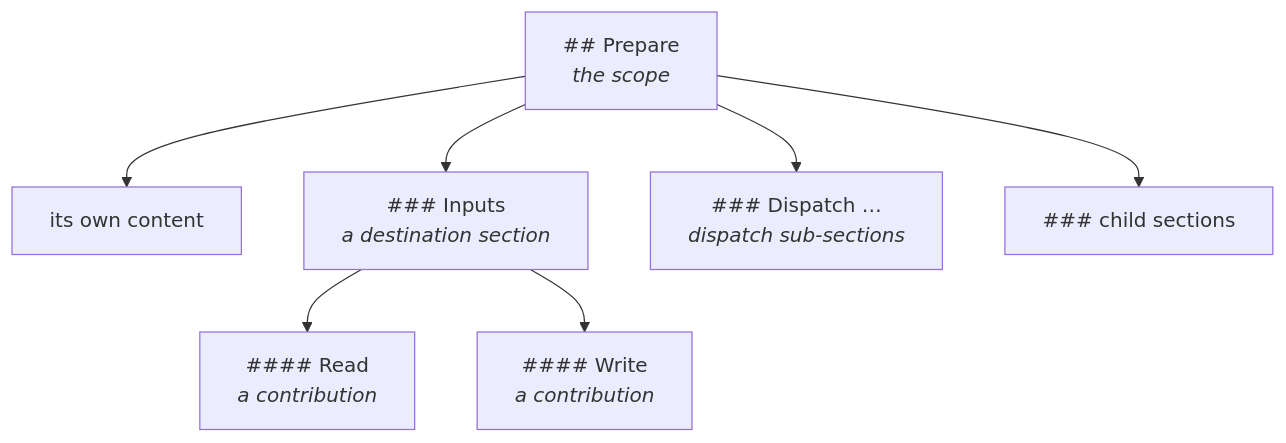
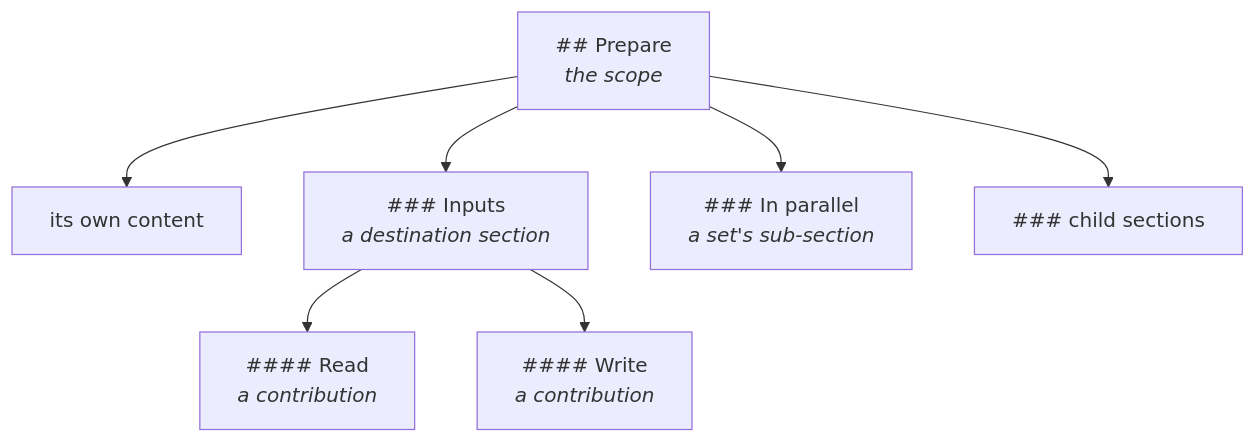
Before and after one commit to m2ux/prosiform: the diagram in docs/composition.md, drawn with Mermaid. The commit also changed other lines of this file and 17 other files, not shown here.

Commit message:
document the run-pf line, inline dispatch links and In parallel sub-sections

````diff
--- a/docs/composition.md
+++ b/docs/composition.md
@@ -109,9 +109,9 @@
 ```mermaid
 flowchart TD
   Scope["## Prepare<br/><i>the scope</i>"] --> Own["its own content"]
   Scope --> Dest["### Inputs<br/><i>a destination section</i>"]
-  Scope --> Disp["### Dispatch …<br/><i>dispatch sub-sections</i>"]
+  Scope --> Disp["### In parallel<br/><i>a set's sub-section</i>"]
   Scope --> Child["### child sections"]
   Dest --> C1["#### Read<br/><i>a contribution</i>"]
   Dest --> C2["#### Write<br/><i>a contribution</i>"]
 ```
````
